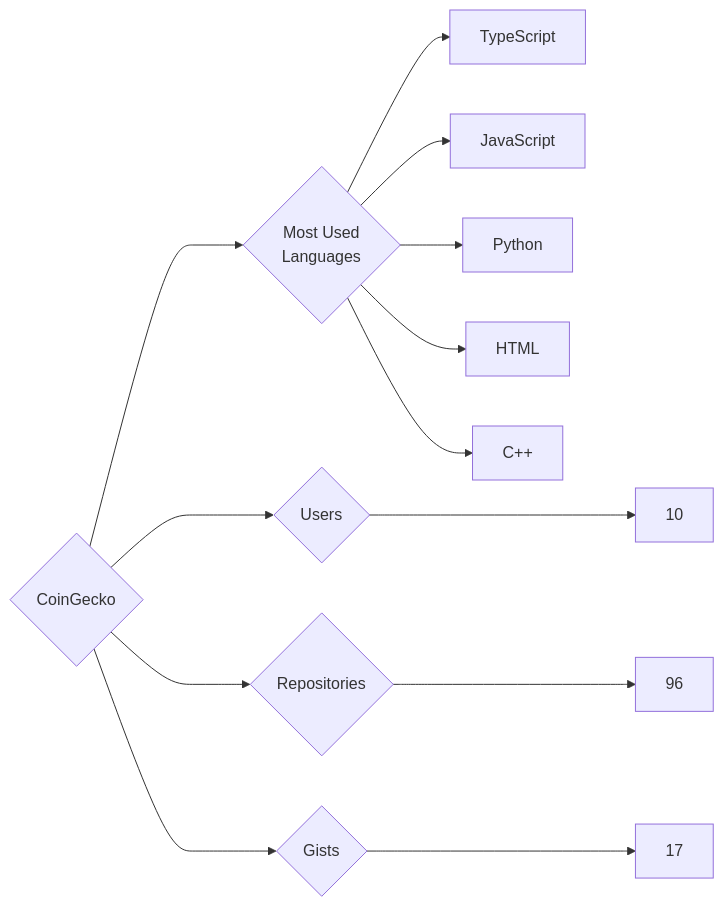
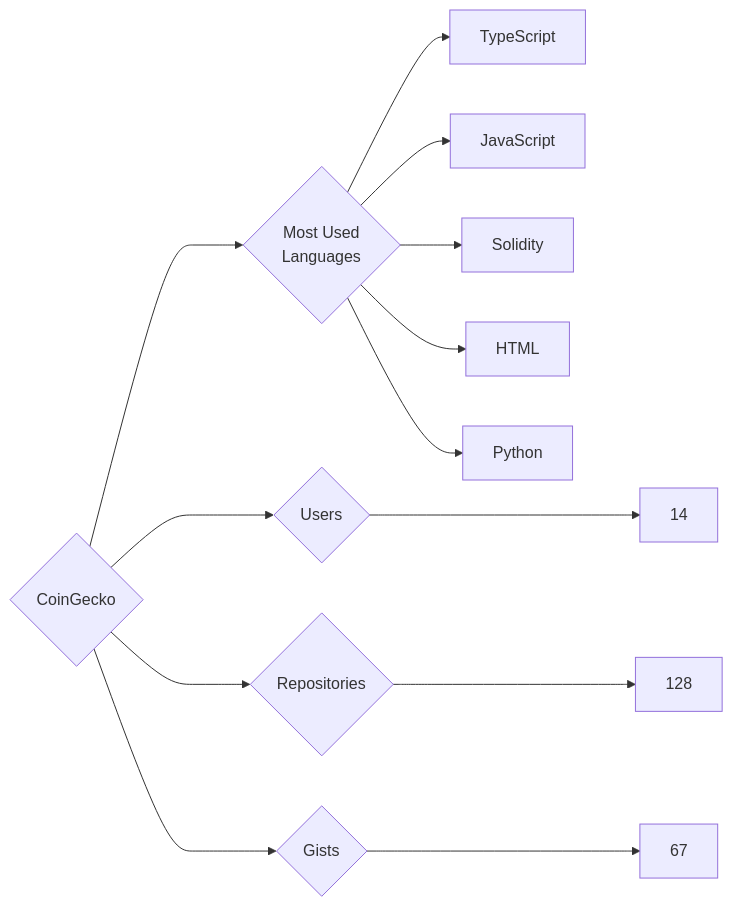
One commit to trickest/insiders changed the diagram in targets/CoinGecko/README.md. Above: the diagram before and after it, drawn with Mermaid. The commit also changed 1120 other files, not shown here.

````diff
--- a/targets/CoinGecko/README.md
+++ b/targets/CoinGecko/README.md
@@ -3,13 +3,13 @@
 ```mermaid
 graph LR
 COMPANY_NAME{CoinGecko}
-COMPANY_NAME ---> U{Users} ---> UN[10]
-COMPANY_NAME ---> R{Repositories} ---> RN[96]
-COMPANY_NAME ---> G{Gists} ---> GN[17]
+COMPANY_NAME ---> U{Users} ---> UN[14]
+COMPANY_NAME ---> R{Repositories} ---> RN[128]
+COMPANY_NAME ---> G{Gists} ---> GN[67]
 COMPANY_NAME ---> ML{Most Used<br>Languages}
 ML --> TypeScript[TypeScript]
 ML --> JavaScript[JavaScript]
+ML --> Solidity[Solidity]
+ML --> HTML[HTML]
 ML --> Python[Python]
-ML --> HTML[HTML]
-ML --> C++[C++]
 ```
````
